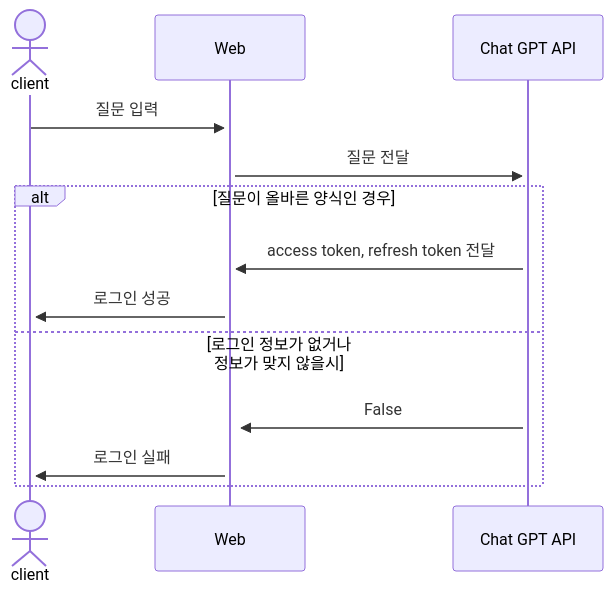
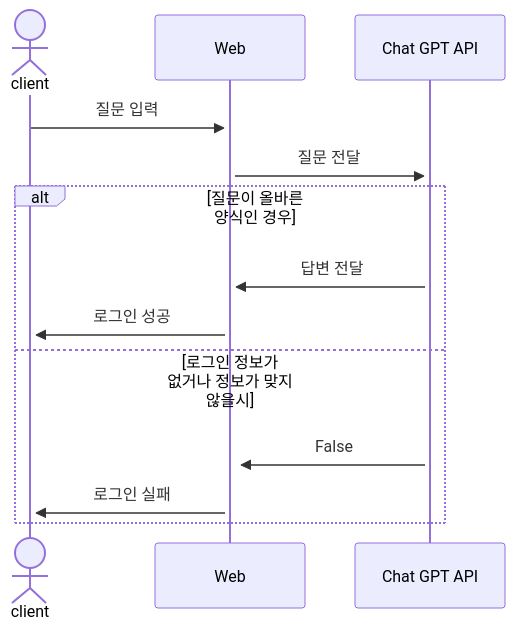
The diagram in README.md (TheRealParkJoohyung/product-pricing), drawn with Mermaid before and after one commit.

````diff
--- a/README.md
+++ b/README.md
@@ -29,15 +29,15 @@
 ```mermaid
     sequenceDiagram
     actor A as client
     participant B as Web
     participant C as Chat GPT API
     A->>+B: 질문 입력
     B->>+C: 질문 전달
     alt 질문이 올바른 양식인 경우 
-    C->>+B: access token, refresh token 전달
+    C->>+B: 답변 전달
     B->>+A: 로그인 성공
     else 로그인 정보가 없거나 정보가 맞지 않을시
     C->>+B: False
     B->>+A: 로그인 실패
     end
 ```
````
